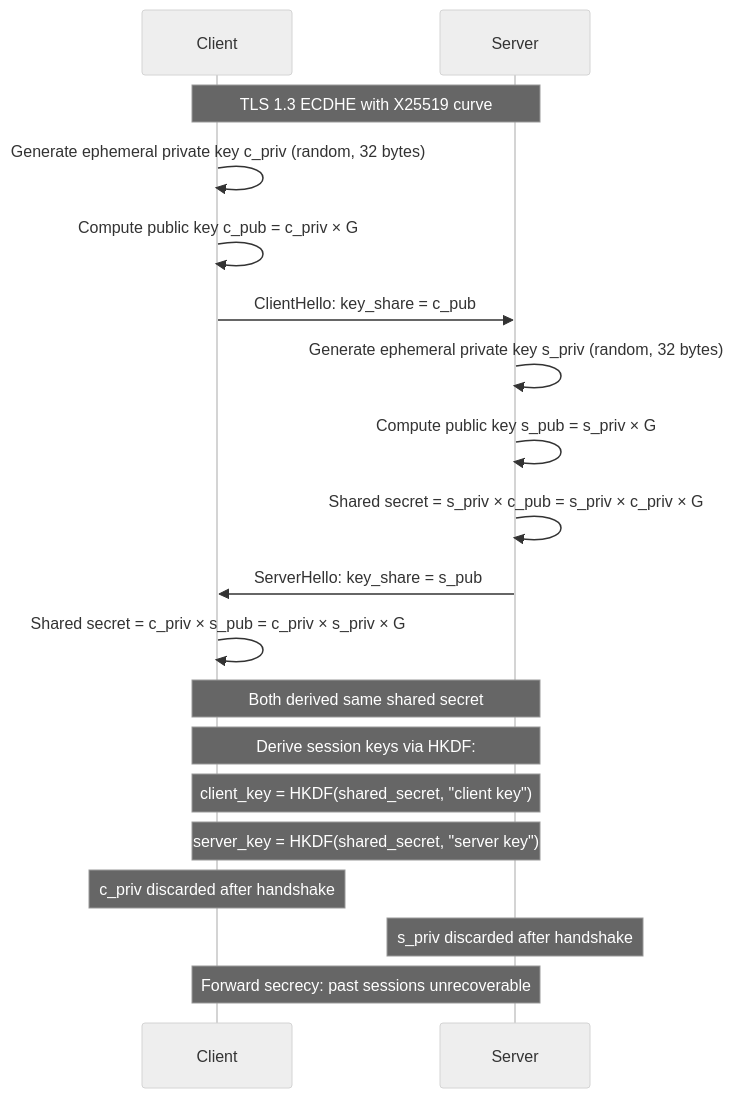
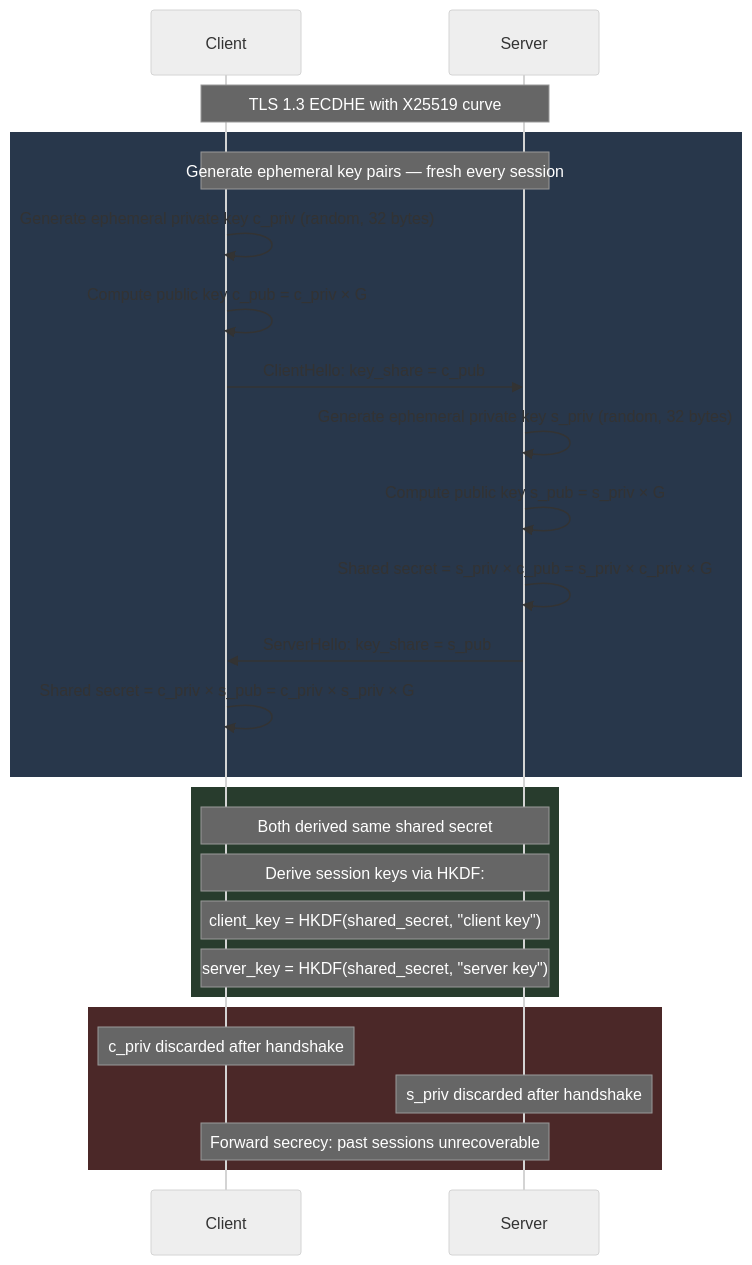
Diagram 12 of 13 in networking/tls-encryption.md (deepanshu-rawat6/DevOpsIndex), drawn with Mermaid (neutral theme) before and after one commit. The commit also changed other lines of this file and 8 other files, not shown here.

````diff
--- a/networking/tls-encryption.md
+++ b/networking/tls-encryption.md
@@ -394,27 +665,34 @@
 ```mermaid
 sequenceDiagram
     participant C2 as Client
     participant S2 as Server
 
     Note over C2,S2: TLS 1.3 ECDHE with X25519 curve
 
+    rect rgb(40, 55, 75)
+    Note over C2,S2: Generate ephemeral key pairs — fresh every session
     C2->>C2: Generate ephemeral private key c_priv (random, 32 bytes)
     C2->>C2: Compute public key c_pub = c_priv × G
     C2->>S2: ClientHello: key_share = c_pub
 
     S2->>S2: Generate ephemeral private key s_priv (random, 32 bytes)
     S2->>S2: Compute public key s_pub = s_priv × G
     S2->>S2: Shared secret = s_priv × c_pub = s_priv × c_priv × G
     S2->>C2: ServerHello: key_share = s_pub
 
     C2->>C2: Shared secret = c_priv × s_pub = c_priv × s_priv × G
+    end
 
+    rect rgb(40, 60, 45)
     Note over C2,S2: Both derived same shared secret
     Note over C2,S2: Derive session keys via HKDF:
     Note over C2,S2: client_key = HKDF(shared_secret, "client key")
     Note over C2,S2: server_key = HKDF(shared_secret, "server key")
+    end
 
+    rect rgb(75, 40, 40)
     Note over C2: c_priv discarded after handshake
     Note over S2: s_priv discarded after handshake
     Note over C2,S2: Forward secrecy: past sessions unrecoverable
+    end
 ```
````
